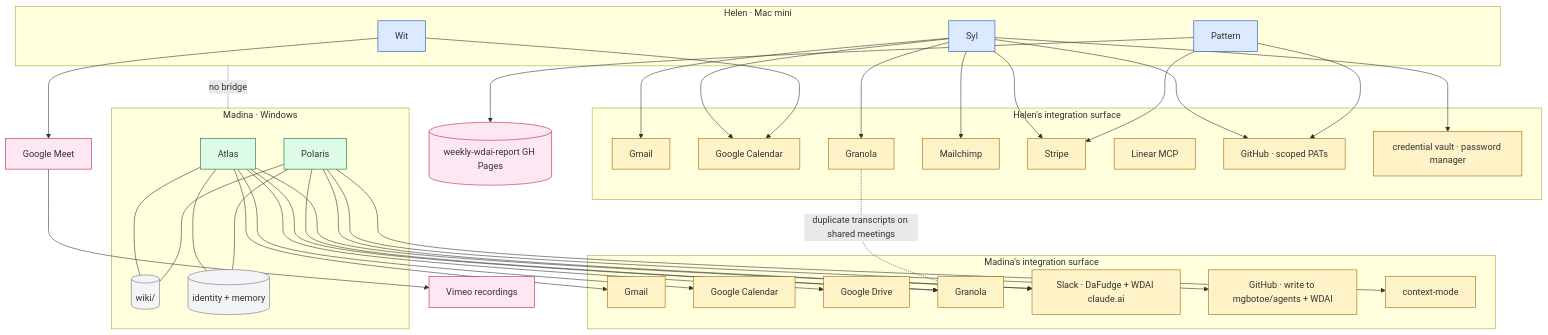
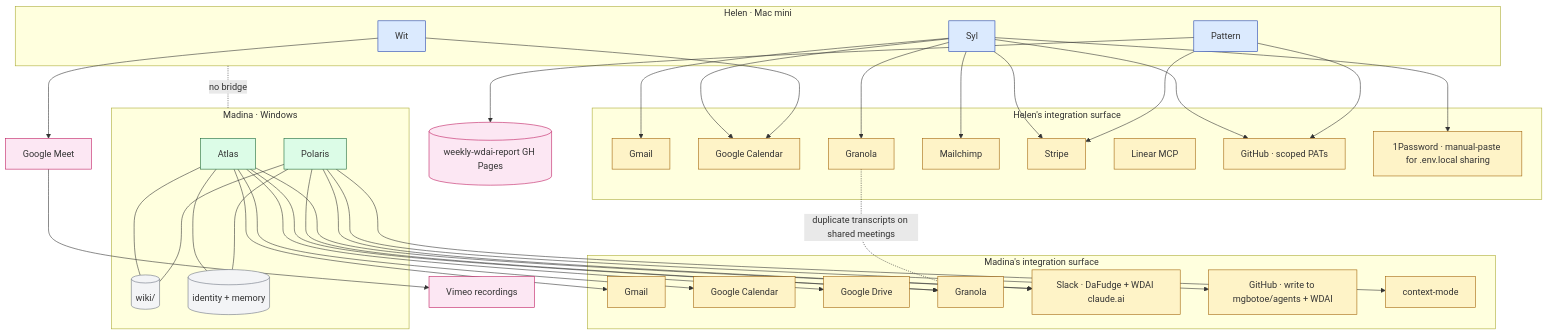
One commit to mgbotoe/agents changed the fourth of 12 diagrams in dev-agent/design/team-os/pass-1/01-system-context.md. Above: the diagram before and after it, drawn with Mermaid. The commit also changed other lines of this file and 1 other file, not shown here.

First line of the commit message:
team-os: Pass 1 — Drive process layer (tiered drives, /commit volunteer flow, 1Password verified)

````diff
--- a/dev-agent/design/team-os/pass-1/01-system-context.md
+++ b/dev-agent/design/team-os/pass-1/01-system-context.md
@@ -388,81 +388,81 @@
 ```mermaid
 graph TB
     subgraph Helen_Stack[Helen · Mac mini]
         Syl
         Pattern
         Wit
     end
 
     subgraph Madina_Stack[Madina · Windows]
         Atlas
         Polaris
         MadinaWiki[(wiki/)]
         MadinaMemory[(identity + memory)]
         Atlas --- MadinaWiki
         Polaris --- MadinaWiki
         Atlas --- MadinaMemory
         Polaris --- MadinaMemory
     end
 
     subgraph HelenIntegrations[Helen's integration surface]
         HelenGmail[Gmail]
         HelenCal[Google Calendar]
         HelenGranola[Granola]
         HelenMailchimp[Mailchimp]
         HelenStripe[Stripe]
         HelenLinear[Linear MCP]
         HelenGH[GitHub · scoped PATs]
-        HelenSecrets[credential vault · password manager]
+        HelenSecrets[1Password · manual-paste for .env.local sharing]
     end
 
     subgraph MadinaIntegrations[Madina's integration surface]
         MadinaGmail[Gmail]
         MadinaCal[Google Calendar]
         MadinaDrive[Google Drive]
         MadinaGranola[Granola]
         MadinaSlack[Slack · DaFudge + WDAI claude.ai]
         MadinaGH[GitHub · write to mgbotoe/agents + WDAI]
         MadinaCtx[context-mode]
     end
 
     Syl --> HelenGmail
     Syl --> HelenCal
     Syl --> HelenMailchimp
     Syl --> HelenStripe
     Syl --> HelenGH
     Syl --> HelenGranola
     Syl --> HelenSecrets
     Pattern --> HelenStripe
     Pattern --> HelenGH
     Wit --> HelenCal
     Wit --> WitGMeet[Google Meet]
     WitGMeet --> WitVimeo[Vimeo recordings]
 
     Atlas --> MadinaGmail
     Atlas --> MadinaCal
     Atlas --> MadinaDrive
     Atlas --> MadinaGranola
     Atlas --> MadinaSlack
     Polaris --> MadinaGH
     Polaris --> MadinaSlack
     Polaris --> MadinaGranola
     Polaris --> MadinaCtx
 
     Pattern --> Report[(weekly-wdai-report GH Pages)]
 
     Helen_Stack -. no bridge .- Madina_Stack
     HelenGranola -. duplicate transcripts on shared meetings .- MadinaGranola
 
     classDef helen fill:#dbeafe,stroke:#1e40af
     classDef madina fill:#dcfce7,stroke:#166534
     classDef integ fill:#fef3c7,stroke:#a16207
     classDef out fill:#fce7f3,stroke:#be185d
     classDef store fill:#f3f4f6,stroke:#6b7280
 
     class Syl,Pattern,Wit helen
     class Atlas,Polaris madina
     class HelenGmail,HelenCal,HelenGranola,HelenMailchimp,HelenStripe,HelenLinear,HelenGH,HelenSecrets integ
     class MadinaGmail,MadinaCal,MadinaDrive,MadinaGranola,MadinaSlack,MadinaGH,MadinaCtx integ
     class MadinaWiki,MadinaMemory store
     class Report,WitGMeet,WitVimeo out
 ```
````
